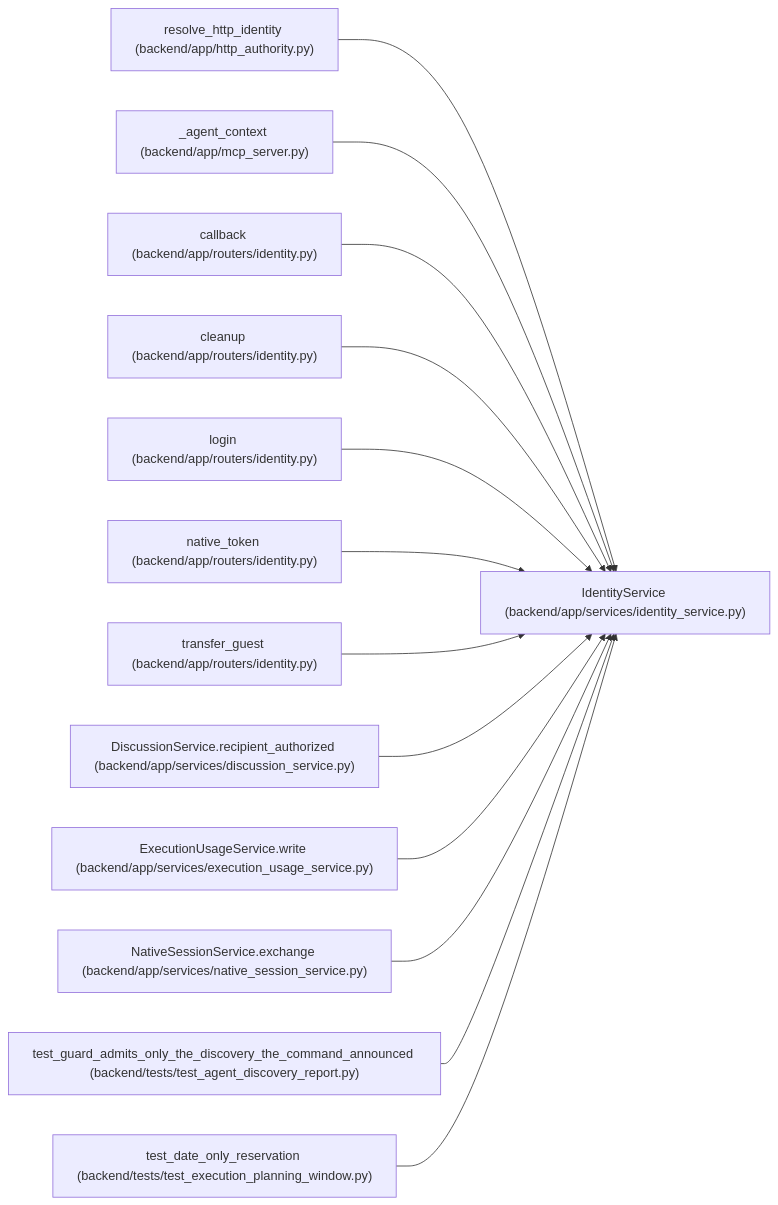
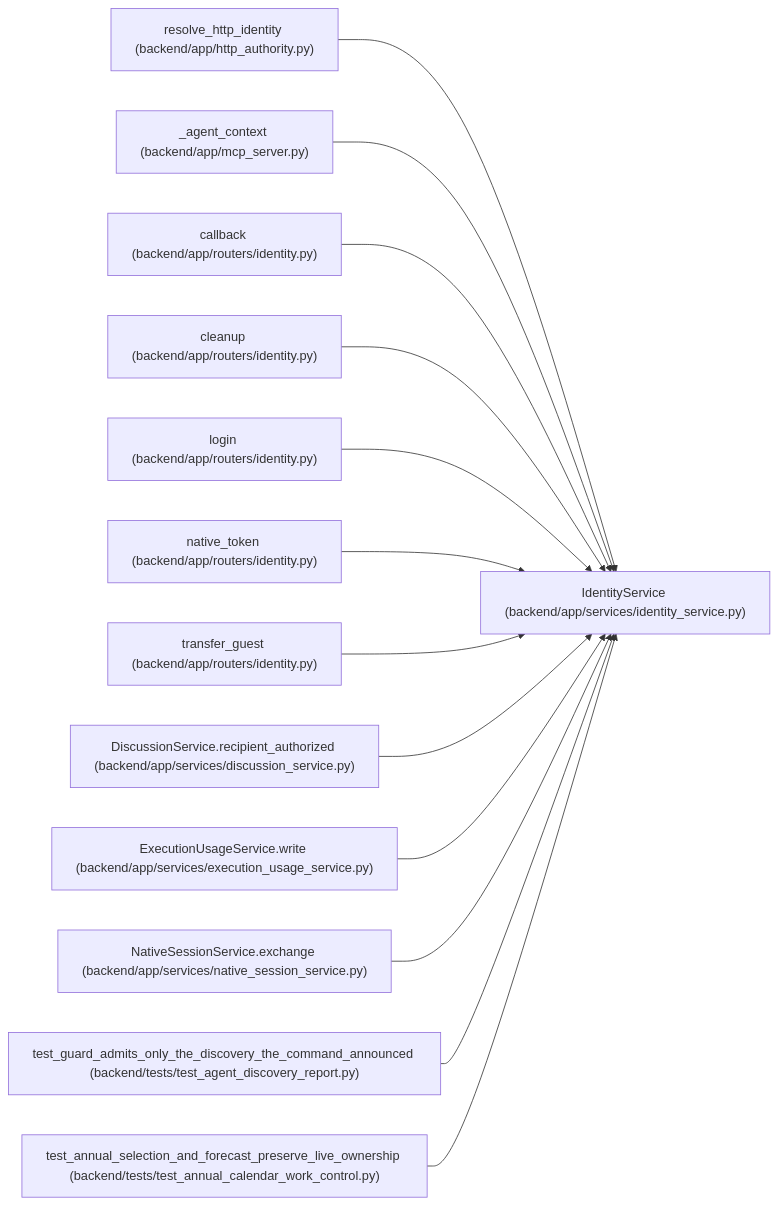
Before and after one commit to Denissvgn/WorkChord: the diagram in docs/llm_wiki/entities/IdentityService.md, drawn with Mermaid. The commit also changed other lines of this file and 920 other files, not shown here.

Commit message:
Document explicit annual calendars and forecast ownership

````diff
--- a/docs/llm_wiki/entities/IdentityService.md
+++ b/docs/llm_wiki/entities/IdentityService.md
@@ -35,41 +35,41 @@
 ```mermaid
 flowchart LR
     n0["IdentityService (backend/app/services/identity_service.py)"]
     n1["resolve_http_identity (backend/app/http_authority.py)"]
     n2["_agent_context (backend/app/mcp_server.py)"]
     n3["callback (backend/app/routers/identity.py)"]
     n4["cleanup (backend/app/routers/identity.py)"]
     n5["login (backend/app/routers/identity.py)"]
     n6["native_token (backend/app/routers/identity.py)"]
     n7["transfer_guest (backend/app/routers/identity.py)"]
     n8["DiscussionService.recipient_authorized (backend/app/services/discussion_service.py)"]
     n9["ExecutionUsageService.write (backend/app/services/execution_usage_service.py)"]
     n10["NativeSessionService.exchange (backend/app/services/native_session_service.py)"]
     n11["test_guard_admits_only_the_discovery_the_command_announced (backend/tests/test_agent_discovery_report.py)"]
-    n12["test_date_only_reservation (backend/tests/test_execution_planning_window.py)"]
+    n12["test_annual_selection_and_forecast_preserve_live_ownership (backend/tests/test_annual_calendar_work_control.py)"]
     n1 --> n0
     n2 --> n0
     n3 --> n0
     n4 --> n0
     n5 --> n0
     n6 --> n0
     n7 --> n0
     n8 --> n0
     n9 --> n0
     n10 --> n0
     n11 --> n0
     n12 --> n0
     click n0 "../modules/identity_service.md"
     click n1 "../modules/http_authority.md"
     click n2 "../modules/mcp_server.md"
     click n3 "../modules/routers_identity.md"
     click n4 "../modules/routers_identity.md"
     click n5 "../modules/routers_identity.md"
     click n6 "../modules/routers_identity.md"
     click n7 "../modules/routers_identity.md"
     click n8 "../modules/discussion_service.md"
     click n9 "../modules/execution_usage_service.md"
     click n10 "../modules/native_session_service.md"
     click n11 "../modules/test_agent_discovery_report.md"
-    click n12 "../modules/test_execution_planning_window.md"
+    click n12 "../modules/test_annual_calendar_work_control.md"
 ```
````
